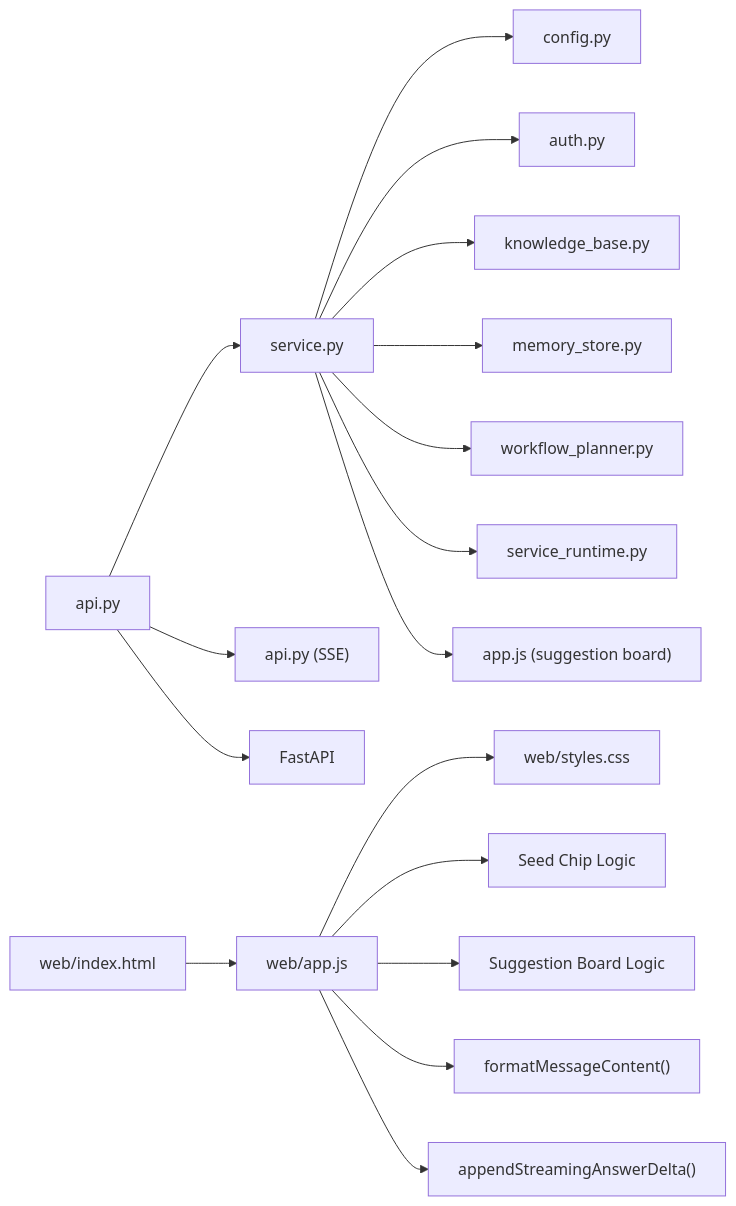
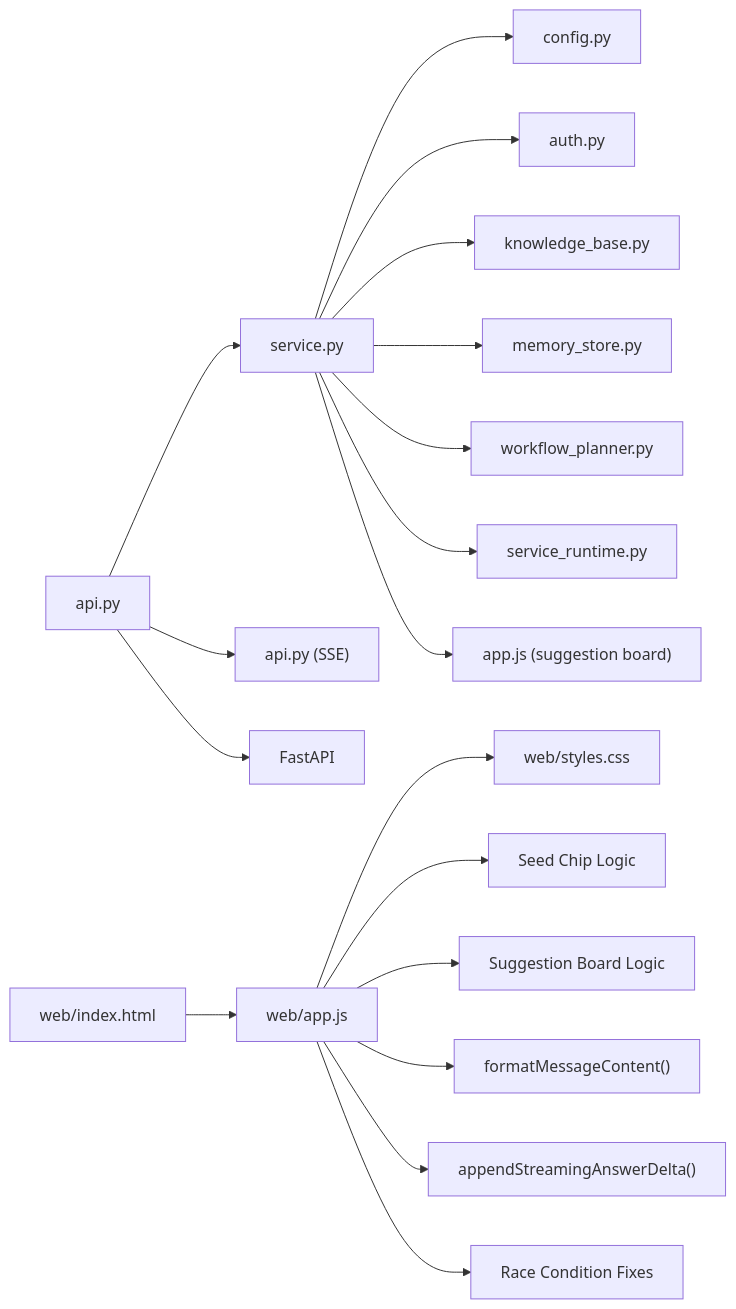
Before and after one commit to intellistream/sage-mate: the tenth of 10 diagrams in .qoder/repowiki/en/content/Core Components/Core Components.md, drawn with Mermaid. The commit also changed other lines of this file and 22 other files, not shown here.

````diff
--- a/.qoder/repowiki/en/content/Core Components/Core Components.md
+++ b/.qoder/repowiki/en/content/Core Components/Core Components.md
@@ -725,19 +783,20 @@
 ```mermaid
 graph LR
 API["api.py"] --> SVC["service.py"]
 API --> BROKER["api.py (SSE)"]
 SVC --> CFG["config.py"]
 SVC --> AUTH["auth.py"]
 SVC --> KB["knowledge_base.py"]
 SVC --> MEM["memory_store.py"]
 SVC --> PLAN["workflow_planner.py"]
 SVC --> SRM["service_runtime.py"]
 SVC --> SUGGEST["app.js (suggestion board)"]
 API --> FASTAPI["FastAPI"]
 WEB["web/index.html"] --> APPJS["web/app.js"]
 APPJS --> STYLES["web/styles.css"]
 APPJS --> SEEDCHIPS["Seed Chip Logic"]
 APPJS --> SUGGESTLOGIC["Suggestion Board Logic"]
 APPJS --> MARKDOWN["formatMessageContent()"]
 APPJS --> STREAMING["appendStreamingAnswerDelta()"]
+APPJS --> RACEFIXES["Race Condition Fixes"]
 ```
````
